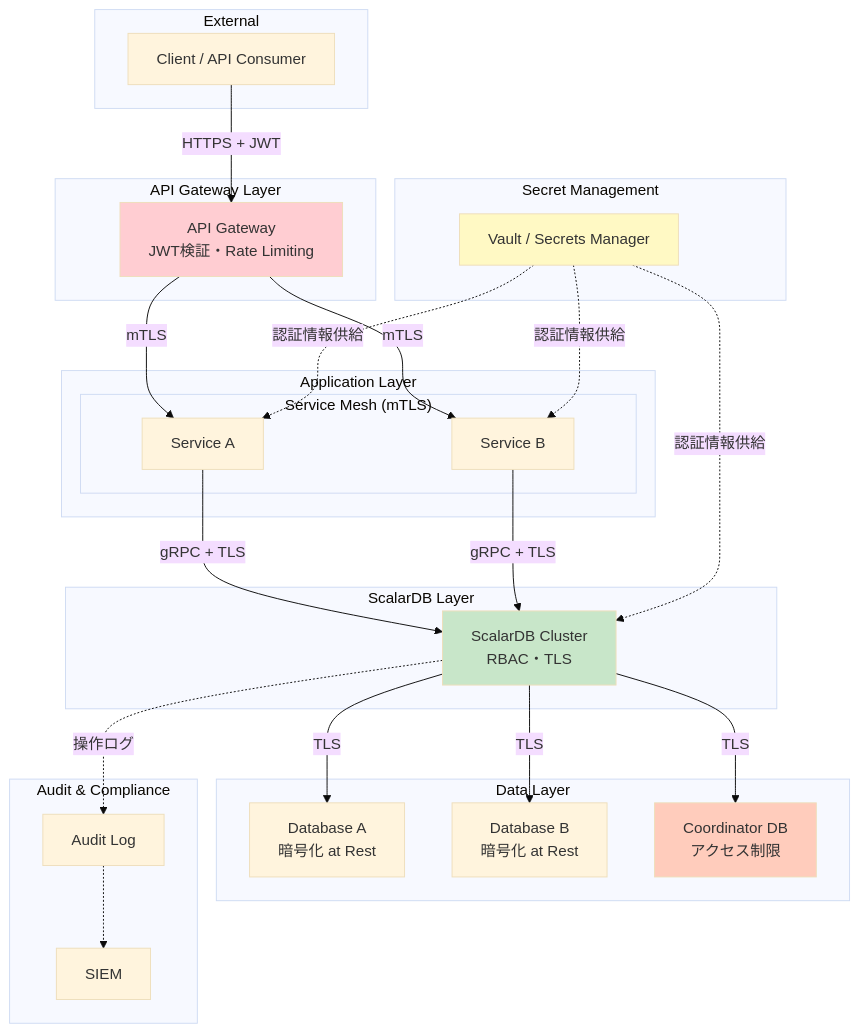
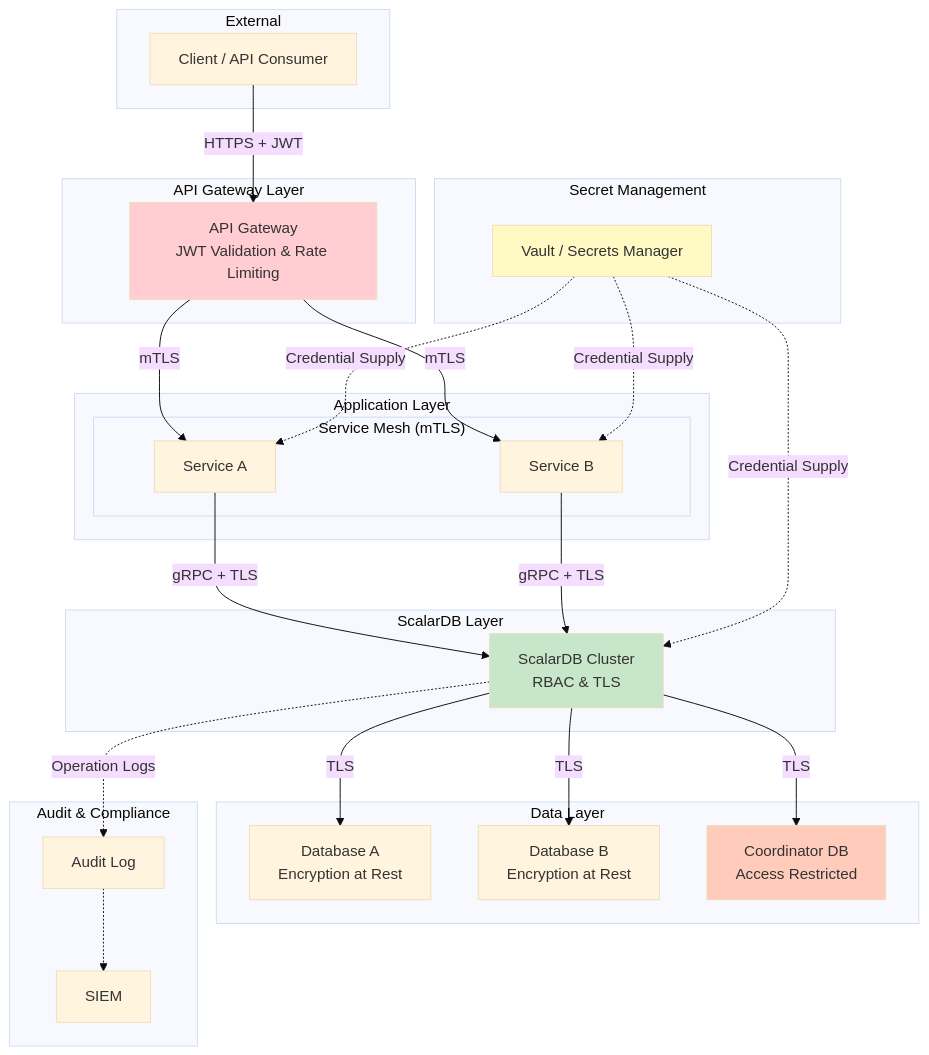
The first of 4 diagrams in workflow/greenfield/08_security_design.md (wfukatsu/nexus-architect), drawn with Mermaid (base theme) before and after one commit. The commit also changed other lines of this file and 6 other files, not shown here.

````diff
--- a/workflow/greenfield/08_security_design.md
+++ b/workflow/greenfield/08_security_design.md
@@ -30,57 +30,57 @@
 ```mermaid
 flowchart TB
     subgraph External["External"]
         CLIENT["Client / API Consumer"]
     end
 
     subgraph Gateway["API Gateway Layer"]
-        APIGW["API Gateway<br/>JWT検証・Rate Limiting"]
+        APIGW["API Gateway<br/>JWT Validation & Rate Limiting"]
     end
 
     subgraph App_Layer["Application Layer"]
         subgraph Service_Mesh["Service Mesh (mTLS)"]
             SVC_A["Service A"]
             SVC_B["Service B"]
         end
     end
 
     subgraph ScalarDB_Layer["ScalarDB Layer"]
-        SDB["ScalarDB Cluster<br/>RBAC・TLS"]
+        SDB["ScalarDB Cluster<br/>RBAC & TLS"]
     end
 
     subgraph Data_Layer["Data Layer"]
-        DB_A["Database A<br/>暗号化 at Rest"]
-        DB_B["Database B<br/>暗号化 at Rest"]
-        COORD["Coordinator DB<br/>アクセス制限"]
+        DB_A["Database A<br/>Encryption at Rest"]
+        DB_B["Database B<br/>Encryption at Rest"]
+        COORD["Coordinator DB<br/>Access Restricted"]
     end
 
     subgraph Secret_Mgmt["Secret Management"]
         VAULT["Vault / Secrets Manager"]
     end
 
     subgraph Audit["Audit & Compliance"]
         AUDIT_LOG["Audit Log"]
         SIEM["SIEM"]
     end
 
     CLIENT -->|"HTTPS + JWT"| APIGW
     APIGW -->|"mTLS"| SVC_A
     APIGW -->|"mTLS"| SVC_B
     SVC_A -->|"gRPC + TLS"| SDB
     SVC_B -->|"gRPC + TLS"| SDB
     SDB -->|"TLS"| DB_A
     SDB -->|"TLS"| DB_B
     SDB -->|"TLS"| COORD
 
-    VAULT -.->|"認証情報供給"| SDB
-    VAULT -.->|"認証情報供給"| SVC_A
-    VAULT -.->|"認証情報供給"| SVC_B
+    VAULT -.->|"Credential Supply"| SDB
+    VAULT -.->|"Credential Supply"| SVC_A
+    VAULT -.->|"Credential Supply"| SVC_B
 
-    SDB -.->|"操作ログ"| AUDIT_LOG
+    SDB -.->|"Operation Logs"| AUDIT_LOG
     AUDIT_LOG -.-> SIEM
 
     style APIGW fill:#ffcdd2
     style SDB fill:#c8e6c9
     style VAULT fill:#fff9c4
     style COORD fill:#ffccbc
 ```
````
